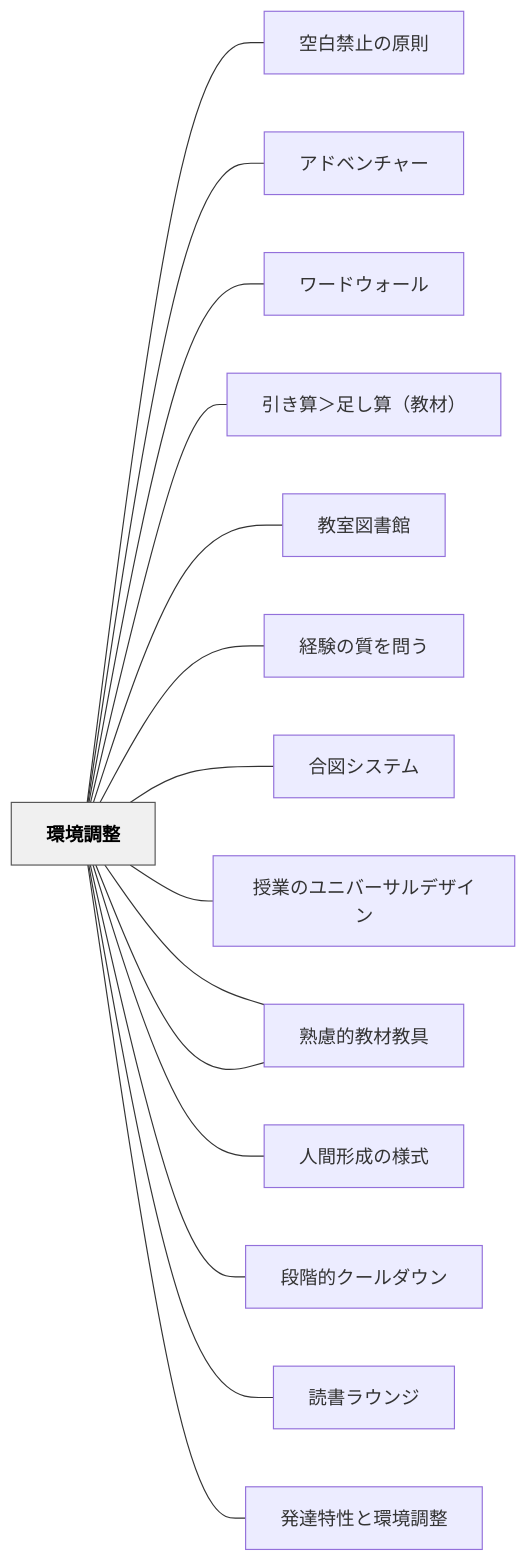
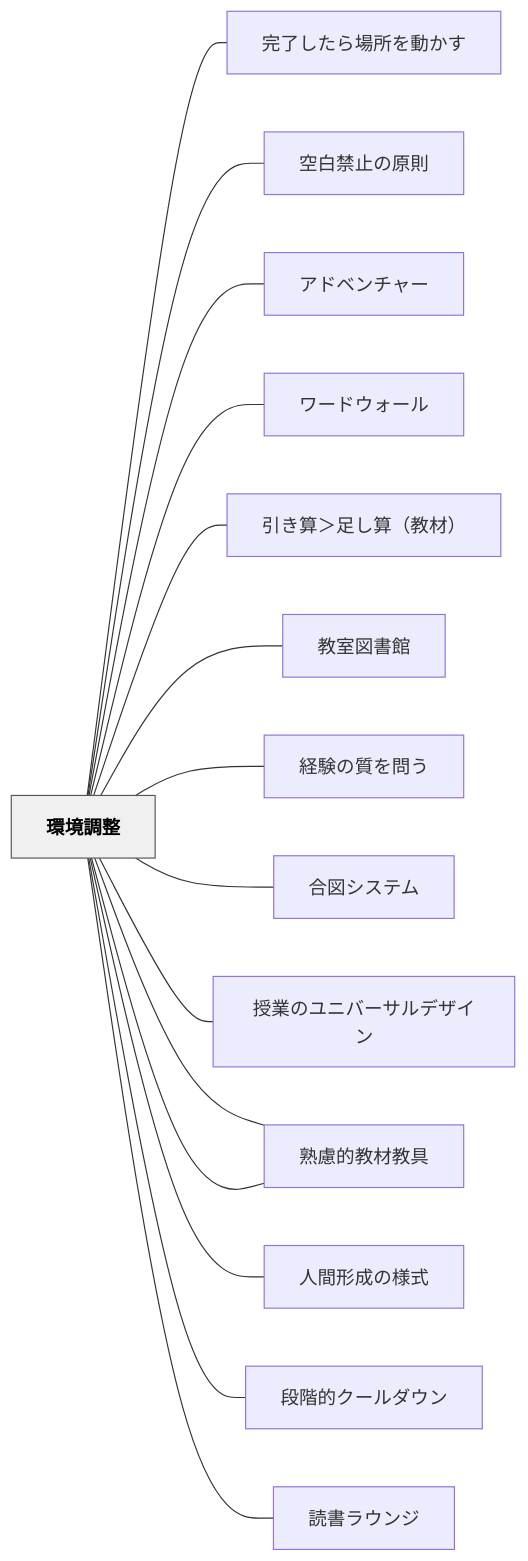
The diagram in content/パタン/環境調整.md (unknownthings-ed-patterns/unknownthings-ed-patterns), drawn with Mermaid before and after one commit. The commit also changed other lines of this file and 6 other files, not shown here.

````diff
--- a/content/パタン/環境調整.md
+++ b/content/パタン/環境調整.md
@@ -296,36 +297,36 @@
 ```mermaid
 flowchart LR
     ne792b0e5a283["環境調整"]
+    ne5ae8ce4ba86["完了したら場所を動かす"]
     ne7a9bae799bd["空白禁止の原則"]
     ne382a2e38389["アドベンチャー"]
     ne383afe383bc["ワードウォール"]
     ne5bc95e3818d["引き算＞足し算（教材）"]
     ne69599e5aea4["教室図書館"]
     ne7b58ce9a893["経験の質を問う"]
     ne59088e59bb3["合図システム"]
     ne68e88e6a5ad["授業のユニバーサルデザイン"]
     ne7869fe685ae["熟慮的教育材料"]
     ne7869fe685ae["熟慮的教材教具"]
     ne4babae99693["人間形成の様式"]
     ne6aeb5e99a8e["段階的クールダウン"]
     ne8aaade69bb8["読書ラウンジ"]
-    ne799bae98194["発達特性と環境調整"]
 
+    ne792b0e5a283 --- ne5ae8ce4ba86
     ne792b0e5a283 --- ne7a9bae799bd
     ne792b0e5a283 --- ne382a2e38389
     ne792b0e5a283 --- ne383afe383bc
     ne792b0e5a283 --- ne5bc95e3818d
     ne792b0e5a283 --- ne69599e5aea4
     ne792b0e5a283 --- ne7b58ce9a893
     ne792b0e5a283 --- ne59088e59bb3
     ne792b0e5a283 --- ne68e88e6a5ad
     ne792b0e5a283 --- ne7869fe685ae
     ne792b0e5a283 --- ne7869fe685ae
     ne792b0e5a283 --- ne4babae99693
     ne792b0e5a283 --- ne6aeb5e99a8e
     ne792b0e5a283 --- ne8aaade69bb8
-    ne792b0e5a283 --- ne799bae98194
 
     classDef hub fill:#f0f0f0,stroke:#555,color:#000,font-weight:bold
     class ne792b0e5a283 hub
 ```
````
